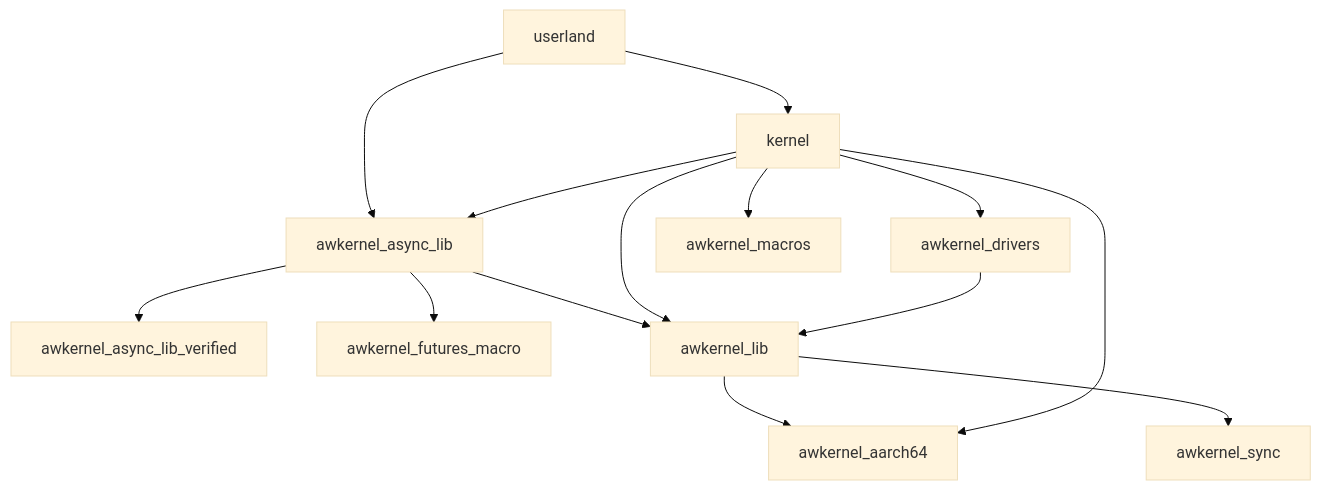
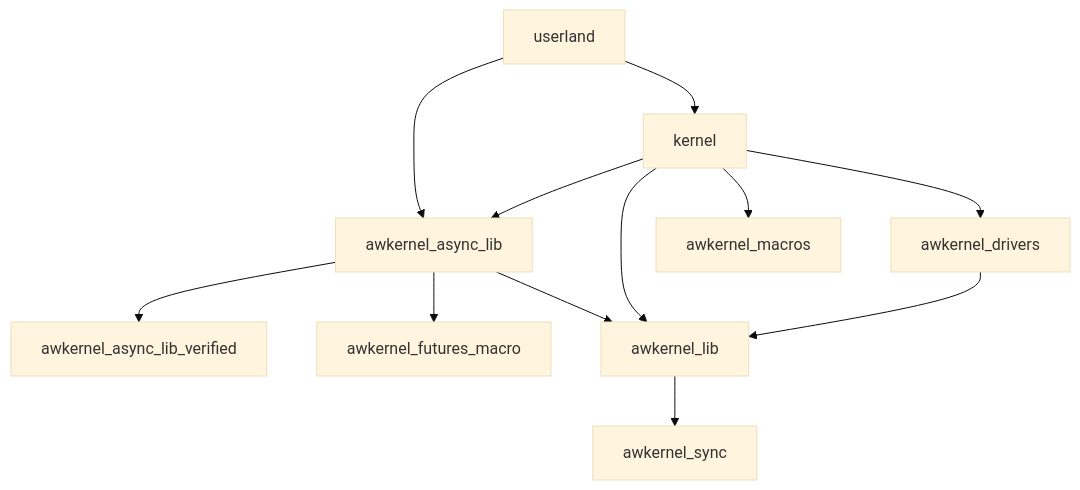
One commit to tier4/awkernel changed the diagram in README.md. Above: the diagram before and after it, drawn with Mermaid (base theme). The commit also changed other lines of this file and 21 other files, not shown here.

Commit message:
feat(aarch64): remove awkernel_aarch64; move content to awkernel_lib (#768)

````diff
--- a/README.md
+++ b/README.md
@@ -52,16 +51,14 @@
 ```mermaid
 graph TD;
     awkernel_async_lib-->awkernel_async_lib_verified;
     awkernel_async_lib-->awkernel_futures_macro;
-    awkernel_lib-->awkernel_aarch64;
     awkernel_async_lib-->awkernel_lib;
     awkernel_lib-->awkernel_sync;
     userland-->awkernel_async_lib;
     kernel-->awkernel_lib;
     kernel-->awkernel_async_lib;
-    kernel-->awkernel_aarch64;
     kernel-->awkernel_drivers;
     awkernel_drivers-->awkernel_lib;
     userland-->kernel;
     kernel-->awkernel_macros;
 ```
````
